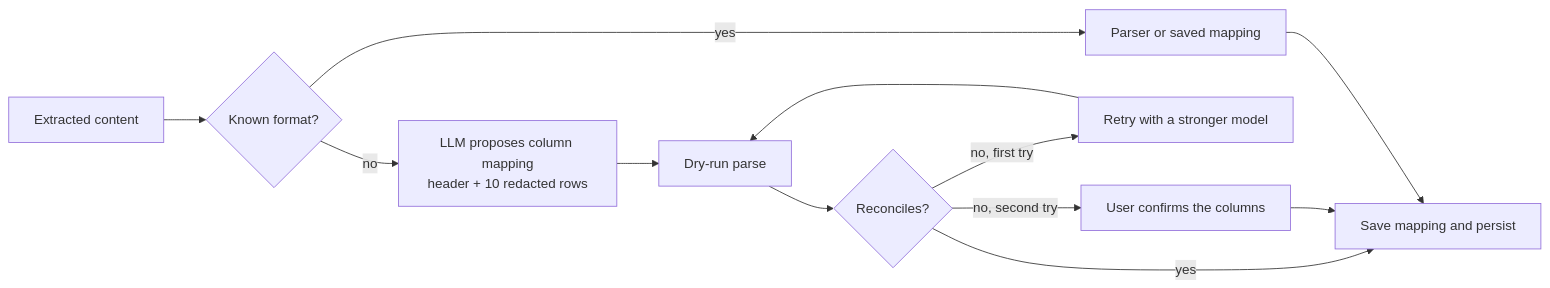
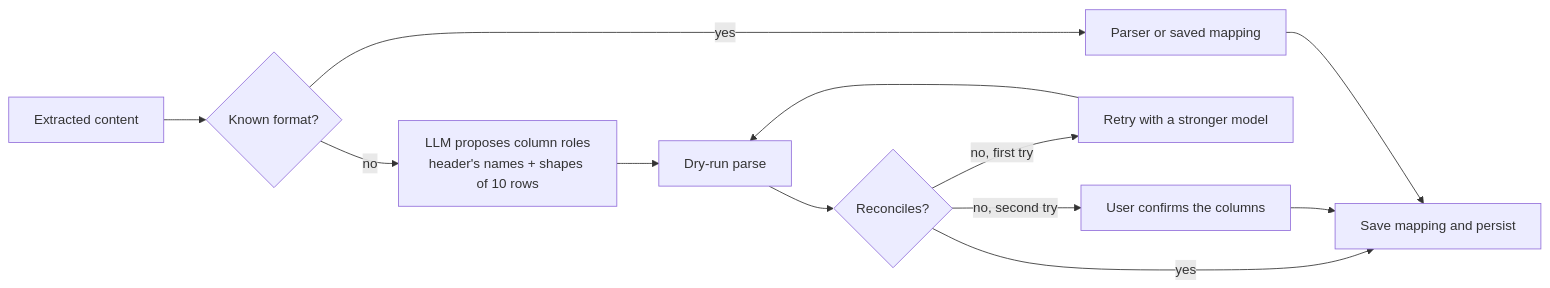
Before and after one commit to ingcarlostello/xtrakto: the fifth of 7 diagrams in docs/ARCHITECTURE.md, drawn with Mermaid. The commit also changed other lines of this file and 6 other files, not shown here.

````diff
--- a/docs/ARCHITECTURE.md
+++ b/docs/ARCHITECTURE.md
@@ -367,14 +368,14 @@
 ```mermaid
 flowchart LR
     A["Extracted content"] --> B{"Known format?"}
     B -- "yes" --> P["Parser or saved mapping"]
-    B -- "no" --> M["LLM proposes column mapping<br/>header + 10 redacted rows"]
+    B -- "no" --> M["LLM proposes column roles<br/>header's names + shapes of 10 rows"]
     M --> D["Dry-run parse"]
     D --> R{"Reconciles?"}
     R -- "yes" --> S["Save mapping and persist"]
     R -- "no, first try" --> X["Retry with a stronger model"]
     X --> D
     R -- "no, second try" --> U["User confirms the columns"]
     U --> S
     P --> S
 ```
````
